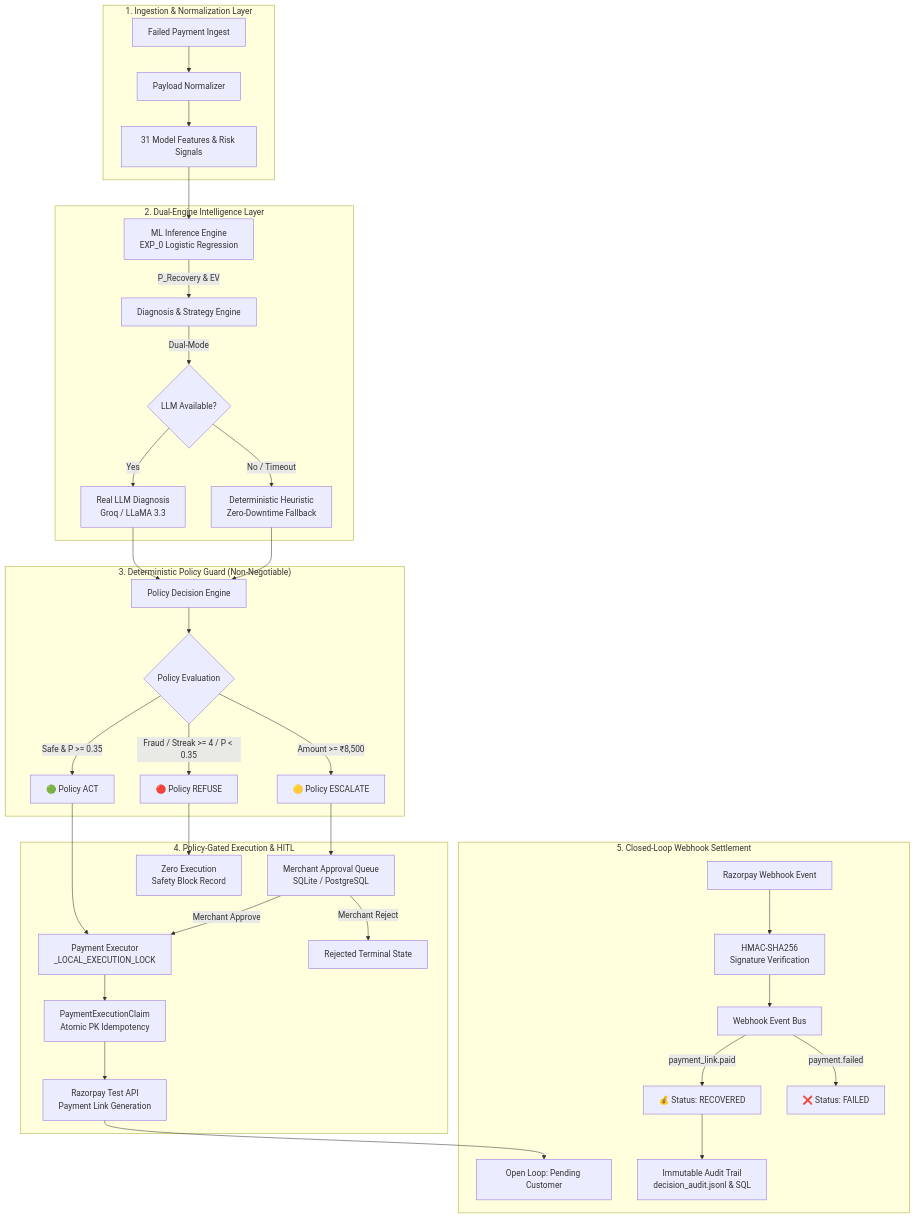
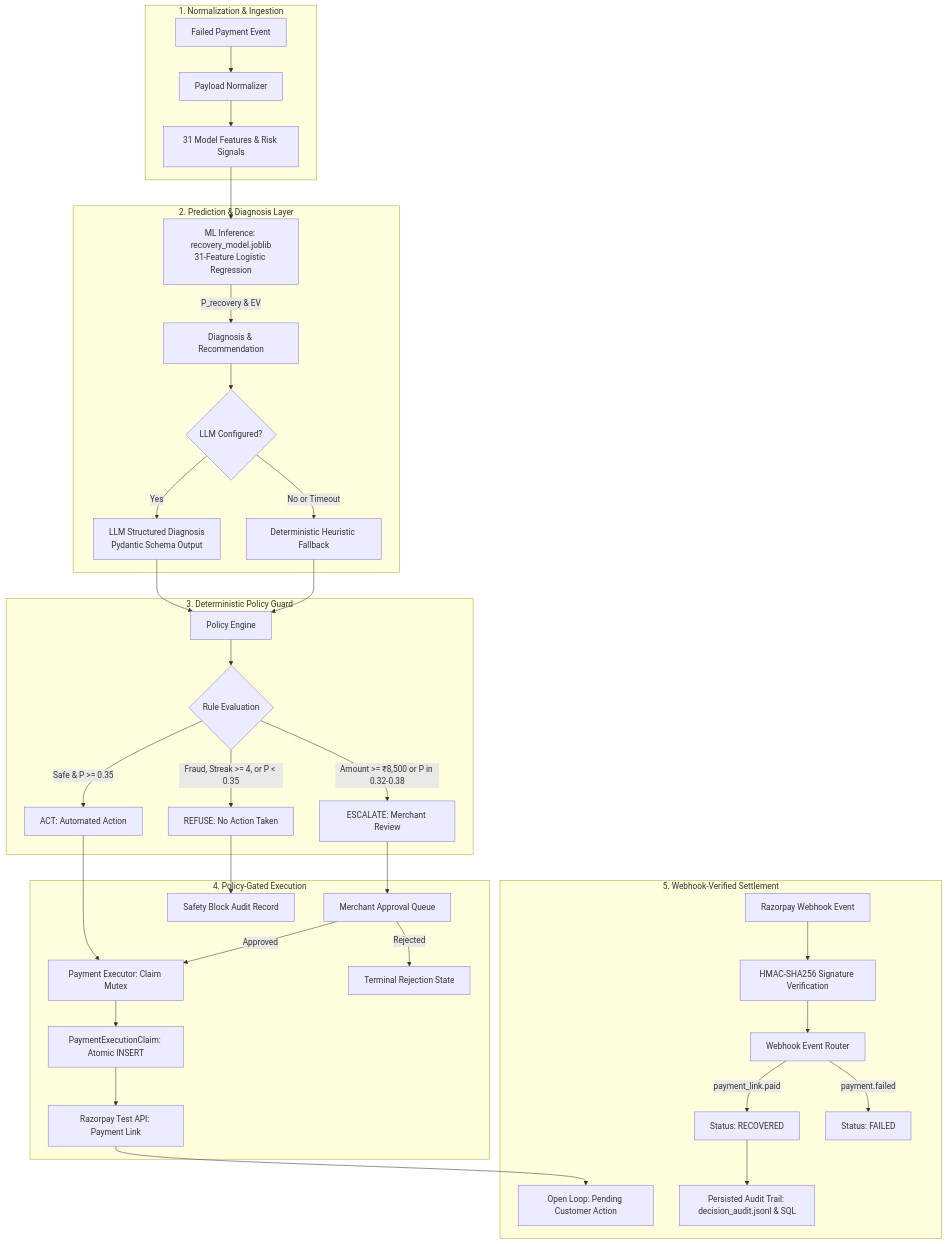
The diagram in README.md (Aashi0105/RecoverAI), drawn with Mermaid before and after one commit. The commit also changed other lines of this file, not shown here.

````diff
--- a/README.md
+++ b/README.md
@@ -111,43 +35,43 @@
 ```mermaid
 flowchart TD
-    subgraph Ingestion["1. Ingestion & Normalization Layer"]
-        A[Failed Payment Ingest] --> B[Payload Normalizer]
+    subgraph Ingestion["1. Normalization & Ingestion"]
+        A[Failed Payment Event] --> B[Payload Normalizer]
         B --> C[31 Model Features & Risk Signals]
     end
 
-    subgraph Intelligence["2. Dual-Engine Intelligence Layer"]
-        C --> D[ML Inference Engine<br/>EXP_0 Logistic Regression]
-        D -->|P_Recovery & EV| E[Diagnosis & Strategy Engine]
-        E -->|Dual-Mode| F{LLM Available?}
-        F -->|Yes| G[Real LLM Diagnosis<br/>Groq / LLaMA 3.3]
-        F -->|No / Timeout| H[Deterministic Heuristic<br/>Zero-Downtime Fallback]
+    subgraph Intelligence["2. Prediction & Diagnosis Layer"]
+        C --> D[ML Inference: recovery_model.joblib<br/>31-Feature Logistic Regression]
+        D -->|P_recovery & EV| E[Diagnosis & Recommendation]
+        E --> F{LLM Configured?}
+        F -->|Yes| G[LLM Structured Diagnosis<br/>Pydantic Schema Output]
+        F -->|No or Timeout| H[Deterministic Heuristic Fallback]
     end
 
-    subgraph Governance["3. Deterministic Policy Guard (Non-Negotiable)"]
-        G --> I[Policy Decision Engine]
+    subgraph Governance["3. Deterministic Policy Guard"]
+        G --> I[Policy Engine]
         H --> I
-        I --> J{Policy Evaluation}
-        J -->|Safe & P >= 0.35| K[🟢 Policy ACT]
-        J -->|Amount >= ₹8,500| L[🟡 Policy ESCALATE]
-        J -->|Fraud / Streak >= 4 / P < 0.35| M[🔴 Policy REFUSE]
+        I --> J{Rule Evaluation}
+        J -->|Safe & P >= 0.35| K[ACT: Automated Action]
+        J -->|Amount >= ₹8,500 or P in 0.32-0.38| L[ESCALATE: Merchant Review]
+        J -->|Fraud, Streak >= 4, or P < 0.35| M[REFUSE: No Action Taken]
     end
 
-    subgraph Execution["4. Policy-Gated Execution & HITL"]
-        K --> N[Payment Executor<br/>_LOCAL_EXECUTION_LOCK]
-        L --> O[Merchant Approval Queue<br/>SQLite / PostgreSQL]
-        O -->|Merchant Approve| N
-        O -->|Merchant Reject| P[Rejected Terminal State]
-        M --> Q[Zero Execution<br/>Safety Block Record]
-        N --> R[PaymentExecutionClaim<br/>Atomic PK Idempotency]
-        R --> S[Razorpay Test API<br/>Payment Link Generation]
+    subgraph Execution["4. Policy-Gated Execution"]
+        K --> N[Payment Executor: Claim Mutex]
+        L --> O[Merchant Approval Queue]
+        O -->|Approved| N
+        O -->|Rejected| P[Terminal Rejection State]
+        M --> Q[Safety Block Audit Record]
+        N --> R[PaymentExecutionClaim: Atomic INSERT]
+        R --> S[Razorpay Test API: Payment Link]
     end
 
-    subgraph Settlement["5. Closed-Loop Webhook Settlement"]
-        S --> T[Open Loop: Pending Customer]
-        U[Razorpay Webhook Event] --> V[HMAC-SHA256<br/>Signature Verification]
-        V --> W[Webhook Event Bus]
-        W -->|payment_link.paid| X[💰 Status: RECOVERED]
-        W -->|payment.failed| Y[❌ Status: FAILED]
-        X --> Z[Immutable Audit Trail<br/>decision_audit.jsonl & SQL]
+    subgraph Settlement["5. Webhook-Verified Settlement"]
+        S --> T[Open Loop: Pending Customer Action]
+        U[Razorpay Webhook Event] --> V[HMAC-SHA256 Signature Verification]
+        V --> W[Webhook Event Router]
+        W -->|payment_link.paid| X[Status: RECOVERED]
+        W -->|payment.failed| Y[Status: FAILED]
+        X --> Z[Persisted Audit Trail: decision_audit.jsonl & SQL]
     end
 ```
````
